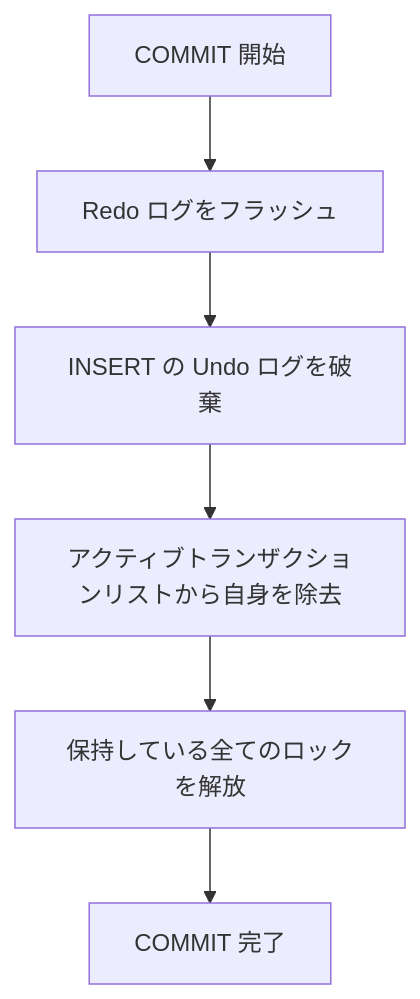
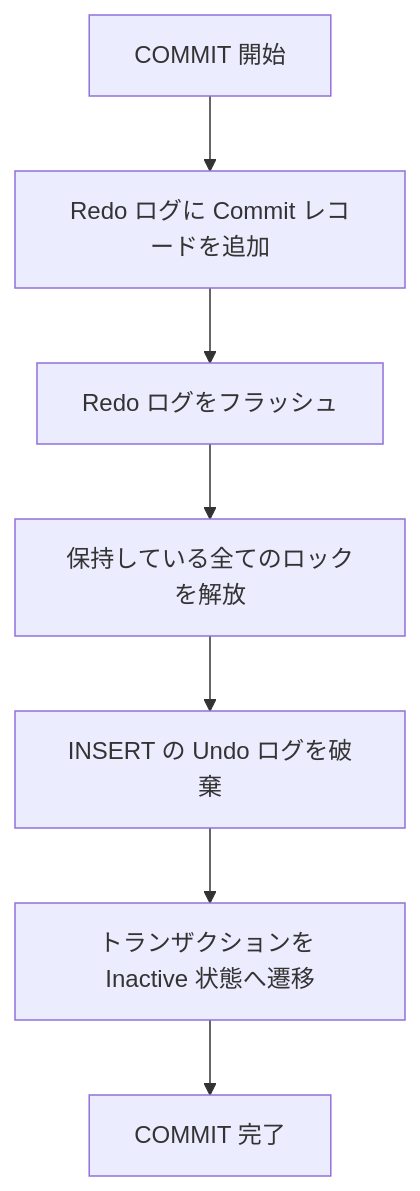
One commit to ren-yamanashi/minesql changed the first of 2 diagrams in docs/architecture/storage/access/mvcc.md. Above: the diagram before and after it, drawn with Mermaid. The commit also changed other lines of this file and 7 other files, not shown here.

````diff
--- a/docs/architecture/storage/access/mvcc.md
+++ b/docs/architecture/storage/access/mvcc.md
@@ -241,8 +241,9 @@
 ```mermaid
 flowchart TD
-    A[COMMIT 開始] --> B[Redo ログをフラッシュ]
-    B --> C[INSERT の Undo ログを破棄]
-    C --> D[アクティブトランザクションリストから自身を除去]
-    D --> E[保持している全てのロックを解放]
-    E --> F[COMMIT 完了]
+    A[COMMIT 開始] --> B[Redo ログに Commit レコードを追加]
+    B --> C[Redo ログをフラッシュ]
+    C --> D[保持している全てのロックを解放]
+    D --> E[INSERT の Undo ログを破棄]
+    E --> F[トランザクションを Inactive 状態へ遷移]
+    F --> G[COMMIT 完了]
 ```
````
